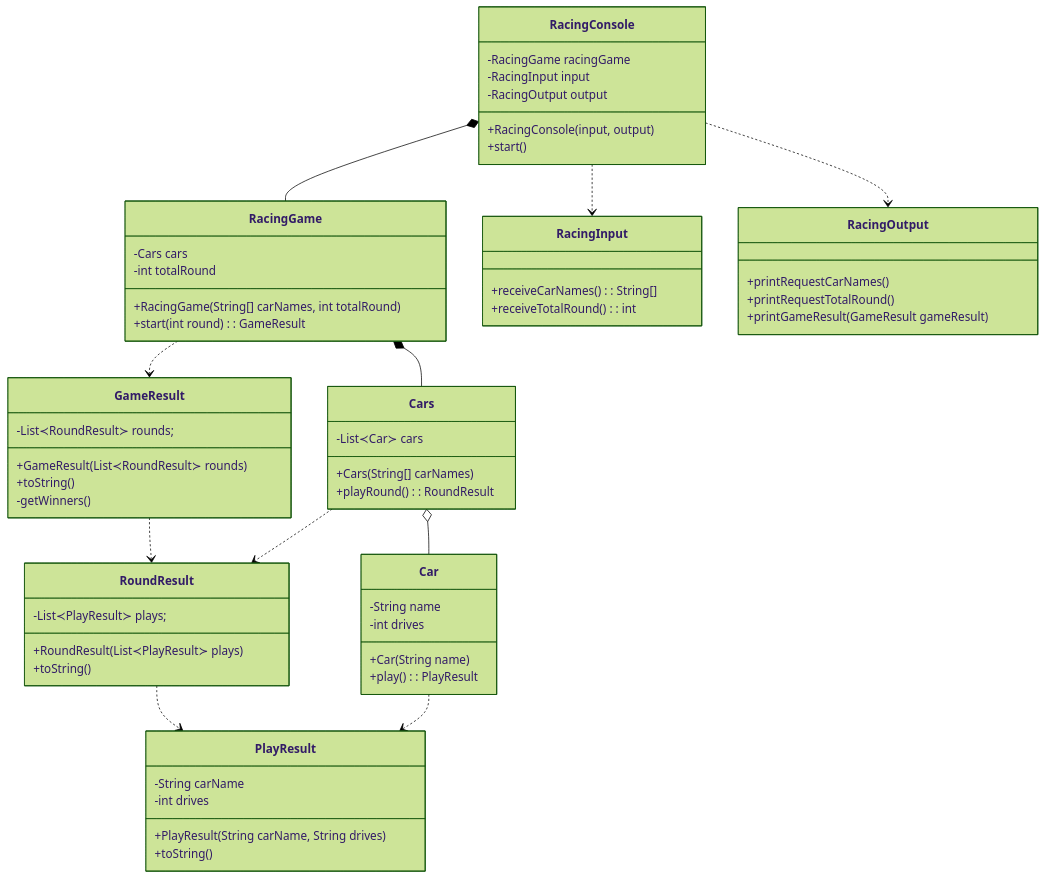
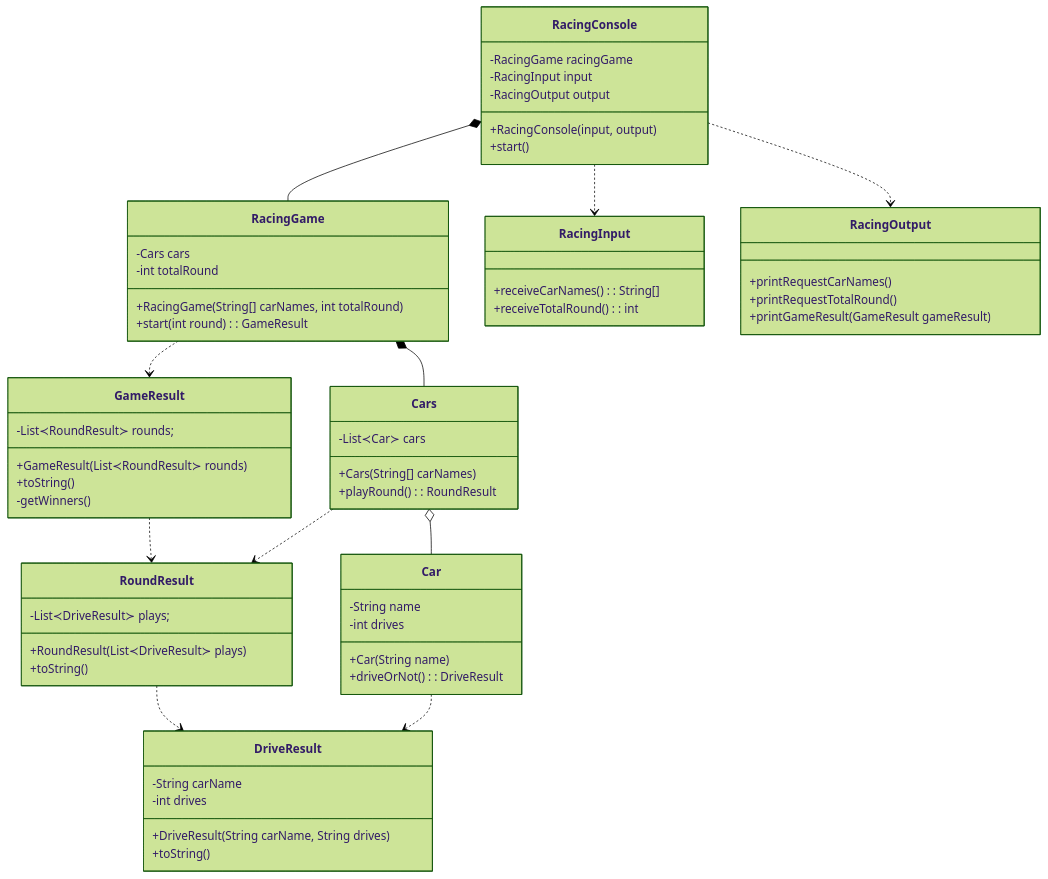
The diagram in README.md (next-step/java-racingcar-playground), drawn with Mermaid (forest theme) before and after one commit. The commit also changed other lines of this file and 5 other files, not shown here.

```diff
--- a/README.md
+++ b/README.md
@@ -37,7 +37,7 @@
         -int drives
 
         +Car(String name)
-        +play() : PlayResult
+        +driveOrNot() : DriveResult
     }
 
     RacingGame ..> GameResult
@@ -54,20 +54,20 @@
     Cars ..> RoundResult
 
     class RoundResult {
-        -List≺PlayResult≻ plays;
+        -List≺DriveResult≻ plays;
 
-        +RoundResult(List≺PlayResult≻ plays)
+        +RoundResult(List≺DriveResult≻ plays)
         +toString()
     }
 
-    RoundResult ..> PlayResult
-    Car ..> PlayResult
+    RoundResult ..> DriveResult
+    Car ..> DriveResult
 
-    class PlayResult {
+    class DriveResult {
         -String carName
         -int drives
         
-        +PlayResult(String carName, String drives)
+        +DriveResult(String carName, String drives)
         +toString()
     }
 
```
